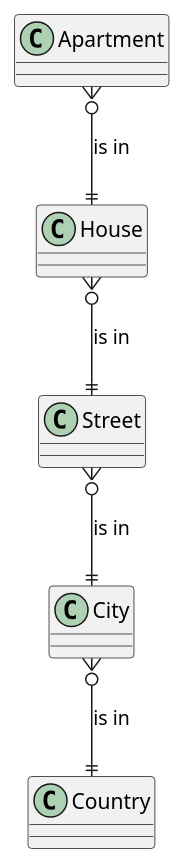
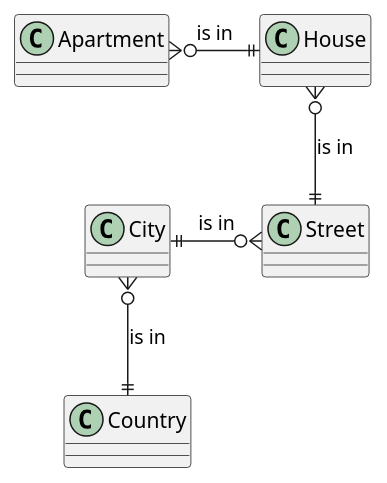
One commit to consoleaf/BD_B2019_PING_6 changed the second of 5 diagrams in Practice 2/Yakshibaev/README.org. Above: the diagram before and after it, drawn with PlantUML. The commit also changed other lines of this file and 6 other files, not shown here.

```diff
--- a/Practice 2/Yakshibaev/README.org
+++ b/Practice 2/Yakshibaev/README.org
@@ -92,6 +93,6 @@
-#+begin_src plantuml :file img/2_1.png :exports both
-Apartment }o--|| House: is in
-House }o--|| Street: is in
-Street }o--|| City: is in
+#+begin_src plantuml :file img/2_1.png :exports both :cache yes
+Apartment }o-Right-|| House: is in
+House }o-Down-|| Street: is in
+Street }o-Left-|| City: is in
 City }o--|| Country: is in
 #+end_src
```
